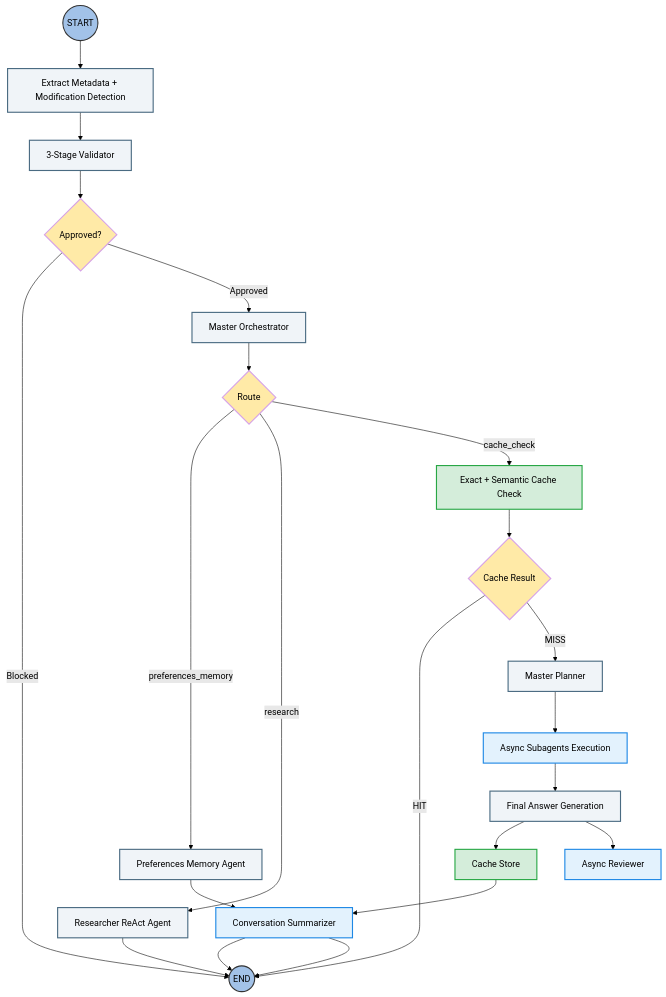
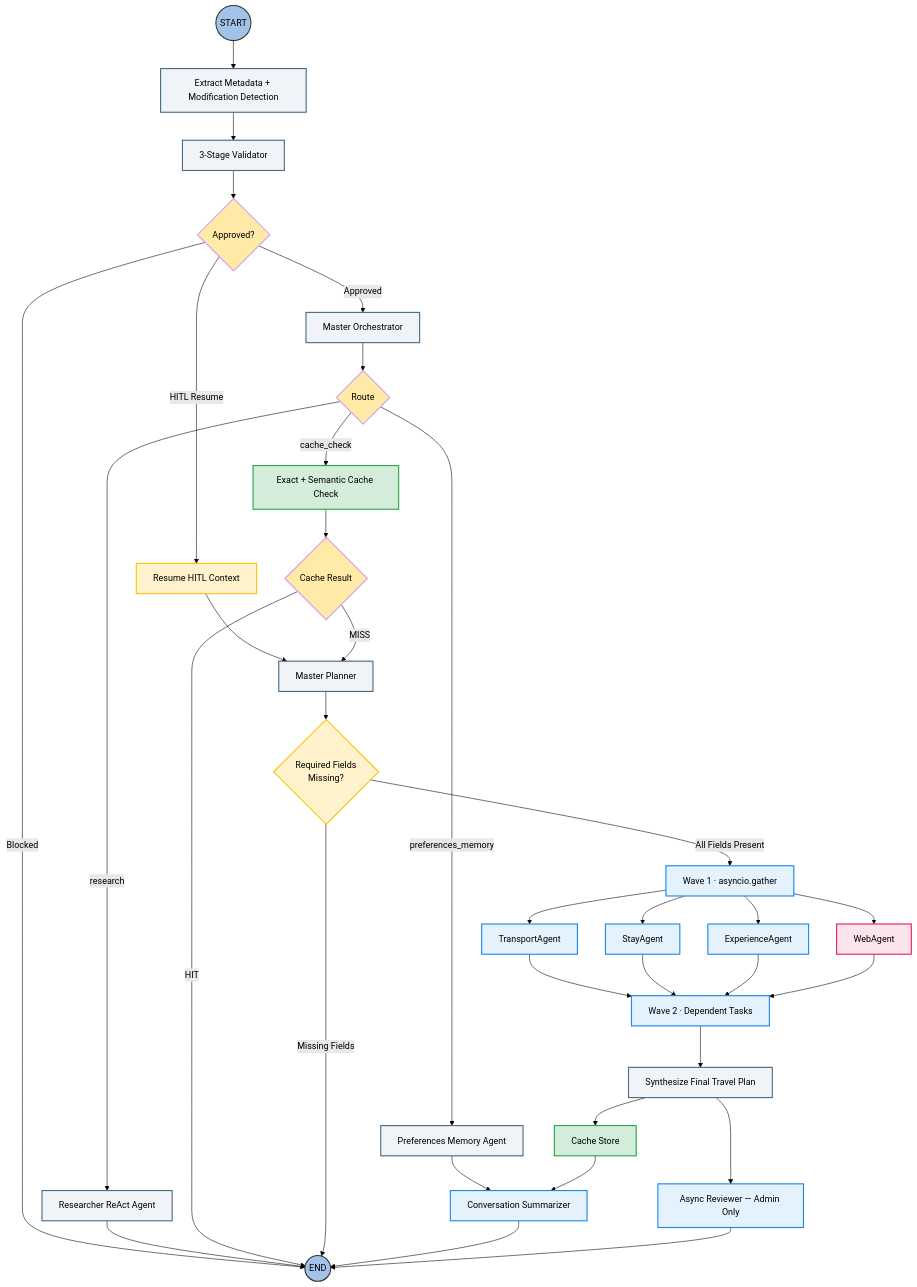
One commit to eladdamti100/travel-agent changed the first of 2 diagrams in GRAPHS.md. Above: the diagram before and after it, drawn with Mermaid (forest theme). The commit also changed other lines of this file and 1 other file, not shown here.

````diff
--- a/GRAPHS.md
+++ b/GRAPHS.md
@@ -6,12 +6,12 @@
 ```mermaid
 graph TD
-
     classDef startEnd fill:#A2C2E8,stroke:#333,stroke-width:2px,rx:10px,ry:10px;
     classDef process fill:#F0F4F8,stroke:#4A6B82,stroke-width:2px;
     classDef router fill:#FFEAA7,stroke:#D6A2E8,stroke-width:2px;
     classDef cache fill:#D4EDDA,stroke:#28A745,stroke-width:2px;
     classDef async fill:#E3F2FD,stroke:#1E88E5,stroke-width:2px;
     classDef hitl fill:#FFF3CD,stroke:#FFC107,stroke-width:2px;
+    classDef web fill:#FCE4EC,stroke:#E91E63,stroke-width:2px;
 
     START((START)):::startEnd
 
@@ -19,6 +19,7 @@
     VALIDATOR[3-Stage Validator]:::process
     VALID_ROUTE{Approved?}:::router
 
+    HITL_RESUME[Resume HITL Context]:::hitl
     ORCH[Master Orchestrator]:::process
     ORCH_ROUTE{Route}:::router
 
@@ -29,13 +30,21 @@
     CACHE_ROUTE{Cache Result}:::router
 
     PLANNER[Master Planner]:::process
-    SUBAGENTS[Async Subagents Execution]:::async
+    HITL_GATE{Required Fields\nMissing?}:::hitl
 
-    FINAL[Final Answer Generation]:::process
+    TRANSPORT[TransportAgent]:::async
+    STAY[StayAgent]:::async
+    EXPERIENCE[ExperienceAgent]:::async
+    WEBAGENT[WebAgent]:::web
+
+    WAVE1[Wave 1 · asyncio.gather]:::async
+    WAVE2[Wave 2 · Dependent Tasks]:::async
+
+    FINAL[Synthesize Final Travel Plan]:::process
 
     CACHE_STORE[Cache Store]:::cache
     SUMMARIZER[Conversation Summarizer]:::async
-    REVIEWER[Async Reviewer]:::async
+    REVIEWER[Async Reviewer — Admin Only]:::async
 
     END((END)):::startEnd
 
@@ -44,29 +53,42 @@
     VALIDATOR --> VALID_ROUTE
 
     VALID_ROUTE -- Blocked --> END
+    VALID_ROUTE -- HITL Resume --> HITL_RESUME
     VALID_ROUTE -- Approved --> ORCH
 
+    HITL_RESUME --> PLANNER
+
     ORCH --> ORCH_ROUTE
-
     ORCH_ROUTE -- preferences_memory --> PREFS
     ORCH_ROUTE -- research --> RESEARCHER
     ORCH_ROUTE -- cache_check --> CACHE_CHECK
 
-    PREFS --> SUMMARIZER --> END
-
+    PREFS --> SUMMARIZER
     RESEARCHER --> END
 
     CACHE_CHECK --> CACHE_ROUTE
-
     CACHE_ROUTE -- HIT --> END
     CACHE_ROUTE -- MISS --> PLANNER
 
-    PLANNER --> SUBAGENTS
-    SUBAGENTS --> FINAL
+    PLANNER --> HITL_GATE
+    HITL_GATE -- Missing Fields --> END
 
+    HITL_GATE -- All Fields Present --> WAVE1
+    WAVE1 --> TRANSPORT
+    WAVE1 --> STAY
+    WAVE1 --> EXPERIENCE
+    WAVE1 --> WEBAGENT
+
+    TRANSPORT --> WAVE2
+    STAY --> WAVE2
+    EXPERIENCE --> WAVE2
+    WEBAGENT --> WAVE2
+
+    WAVE2 --> FINAL
     FINAL --> CACHE_STORE
     FINAL --> REVIEWER
+
     CACHE_STORE --> SUMMARIZER
-
     SUMMARIZER --> END
+    REVIEWER --> END
 ```
````
